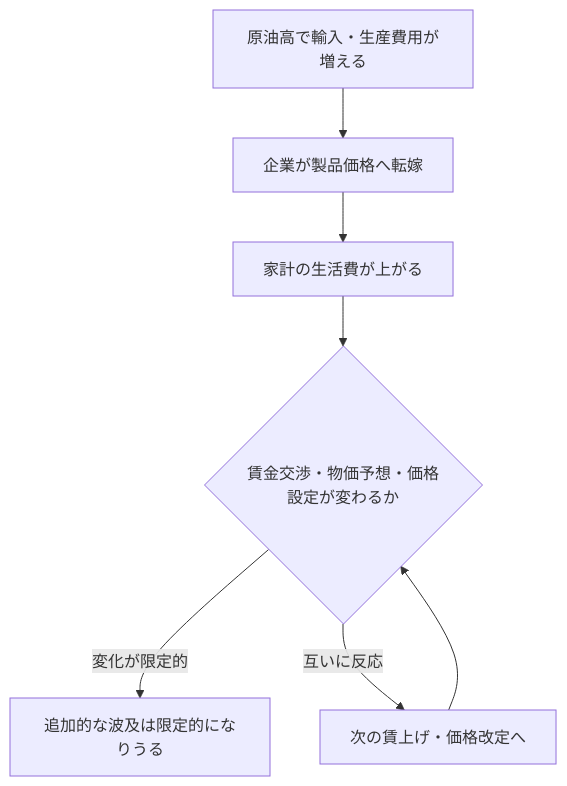
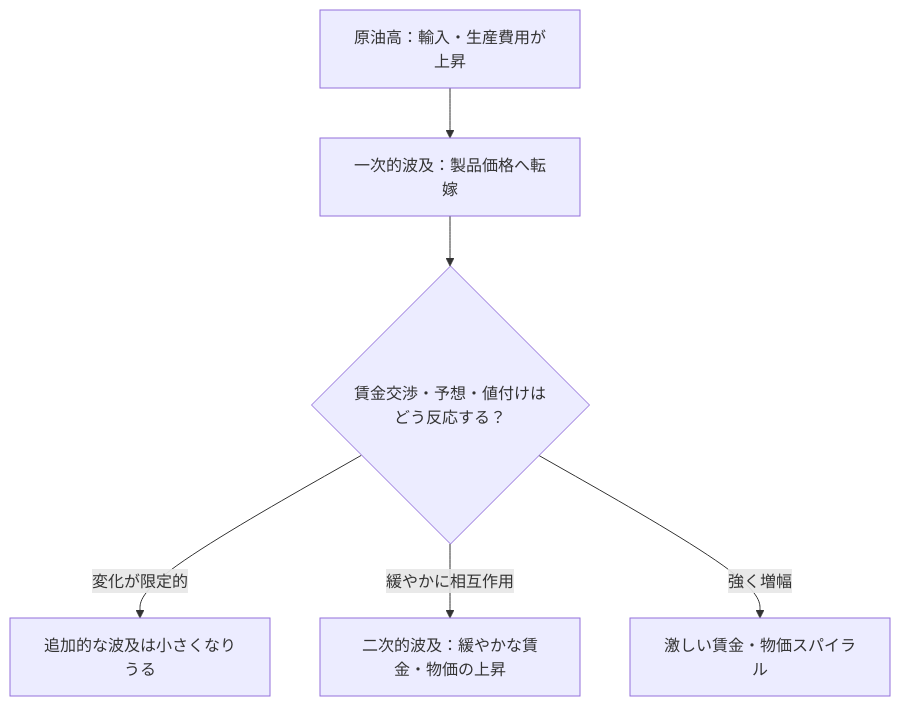
One commit to Osino-Niso/econ-data-lab changed the first of 2 diagrams in articles/oil-shocks-inflation-regimes.md. Above: the diagram before and after it, drawn with Mermaid. The commit also changed other lines of this file, not shown here.

````diff
--- a/articles/oil-shocks-inflation-regimes.md
+++ b/articles/oil-shocks-inflation-regimes.md
@@ -29,9 +39,8 @@
 ```mermaid
 flowchart TD
-  A["原油高で輸入・生産費用が増える"] --> B["企業が製品価格へ転嫁"]
-  B --> C["家計の生活費が上がる"]
-  C --> D{"賃金交渉・物価予想・価格設定が変わるか"}
-  D -->|"変化が限定的"| E["追加的な波及は限定的になりうる"]
-  D -->|"互いに反応"| F["次の賃上げ・価格改定へ"]
-  F --> D
+  A["原油高：輸入・生産費用が上昇"] --> B["一次的波及：製品価格へ転嫁"]
+  B --> C{"賃金交渉・予想・値付けはどう反応する？"}
+  C -->|"変化が限定的"| D["追加的な波及は小さくなりうる"]
+  C -->|"緩やかに相互作用"| E["二次的波及：緩やかな賃金・物価の上昇"]
+  C -->|"強く増幅"| F["激しい賃金・物価スパイラル"]
 ```
````
